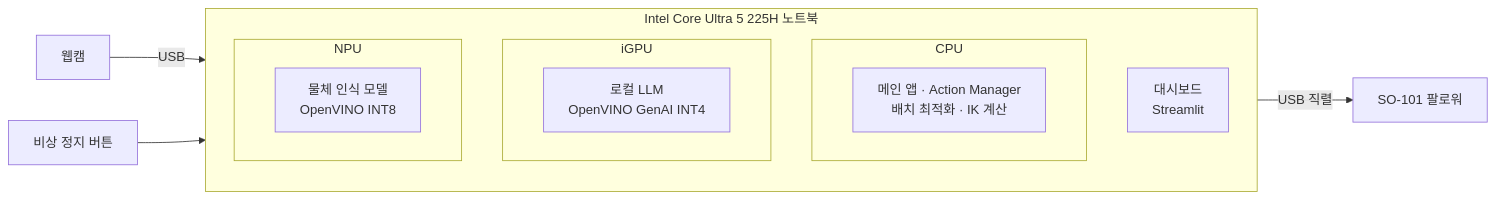
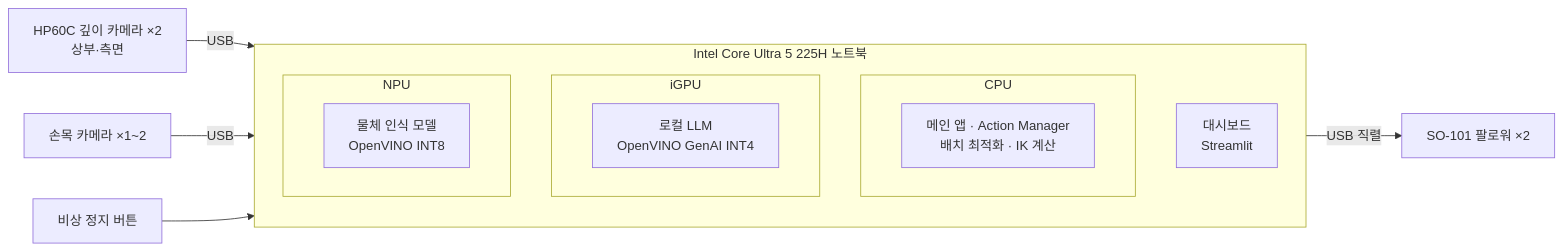
Before and after one commit to Gansoolgo/Thursday: the second of 7 diagrams in docs/architecture.md, drawn with Mermaid. The commit also changed other lines of this file and 4 other files, not shown here.

````diff
--- a/docs/architecture.md
+++ b/docs/architecture.md
@@ -90,18 +90,19 @@
 ```mermaid
 flowchart LR
     subgraph PC[Intel Core Ultra 5 225H 노트북]
         subgraph CPU[CPU]
             APP[메인 앱 · Action Manager<br/>배치 최적화 · IK 계산]
         end
         subgraph GPU[iGPU]
             LLM[로컬 LLM<br/>OpenVINO GenAI INT4]
         end
         subgraph NPU[NPU]
             DET[물체 인식 모델<br/>OpenVINO INT8]
         end
         UI[대시보드<br/>Streamlit]
     end
-    CAM[웹캠] -->|USB| PC
-    PC -->|USB 직렬| ARM[SO-101 팔로워]
+    CAM[HP60C 깊이 카메라 ×2<br/>상부·측면] -->|USB| PC
+    WCAM[손목 카메라 ×1~2] -->|USB| PC
+    PC -->|USB 직렬| ARM[SO-101 팔로워 ×2]
     ESTOP[비상 정지 버튼] --> PC
 ```
````
